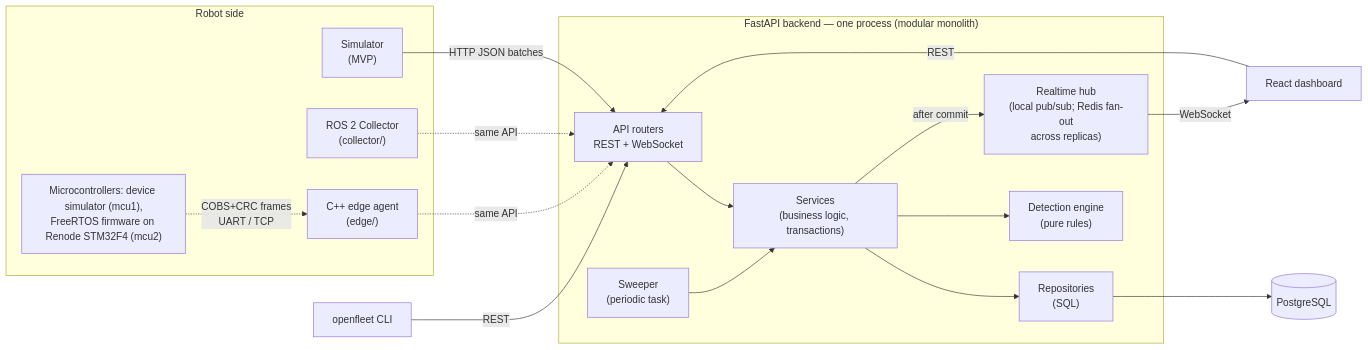
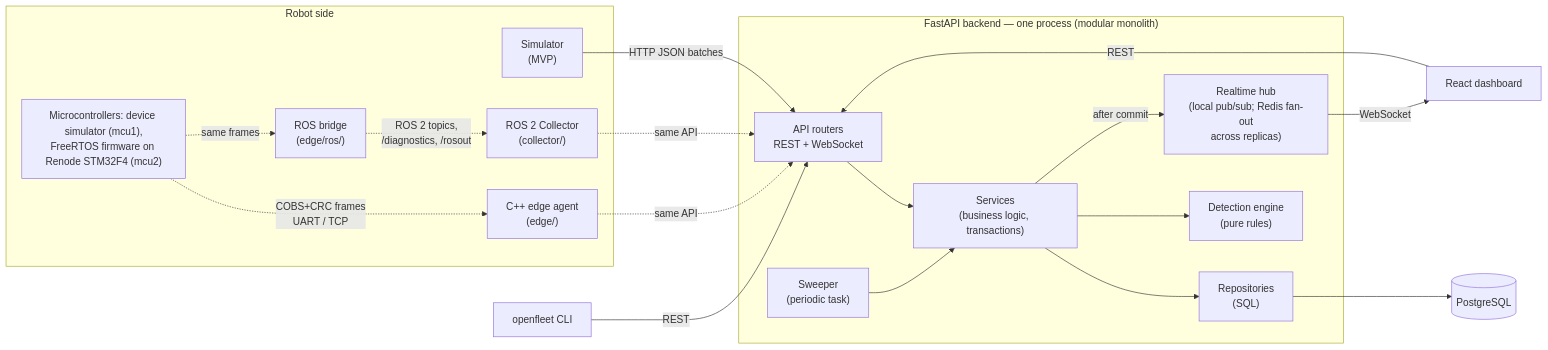
Before and after one commit to saiken13/openfleet-replay: the diagram in docs/ARCHITECTURE.md, drawn with Mermaid. The commit also changed other lines of this file and 23 other files, not shown here.

First line of the commit message:
Add openfleet-ros-bridge: republish microcontrollers into ROS 2

````diff
--- a/docs/ARCHITECTURE.md
+++ b/docs/ARCHITECTURE.md
@@ -8,35 +8,38 @@
 ```mermaid
 flowchart LR
     subgraph Edge["Robot side"]
         SIM["Simulator<br/>(MVP)"]
         ROS["ROS 2 Collector<br/>(collector/)"]
         EDGE["C++ edge agent<br/>(edge/)"]
+        BRIDGE["ROS bridge<br/>(edge/ros/)"]
         MCU["Microcontrollers: device simulator (mcu1),<br/>FreeRTOS firmware on Renode STM32F4 (mcu2)"]
     end
 
     subgraph Backend["FastAPI backend — one process (modular monolith)"]
         R["API routers<br/>REST + WebSocket"]
         S["Services<br/>(business logic, transactions)"]
         REP["Repositories<br/>(SQL)"]
         D["Detection engine<br/>(pure rules)"]
         H["Realtime hub<br/>(local pub/sub; Redis fan-out<br/>across replicas)"]
         SW["Sweeper<br/>(periodic task)"]
     end
 
     PG[("PostgreSQL")]
     UI["React dashboard"]
     CLI["openfleet CLI"]
 
     SIM -- "HTTP JSON batches" --> R
     ROS -. "same API" .-> R
     EDGE -. "same API" .-> R
     MCU -. "COBS+CRC frames<br/>UART / TCP" .-> EDGE
+    MCU -. "same frames" .-> BRIDGE
+    BRIDGE -. "ROS 2 topics,<br/>/diagnostics, /rosout" .-> ROS
     R --> S
     SW --> S
     S --> REP --> PG
     S --> D
     S -- "after commit" --> H
     H -- "WebSocket" --> UI
     UI -- "REST" --> R
     CLI -- "REST" --> R
 ```
````
